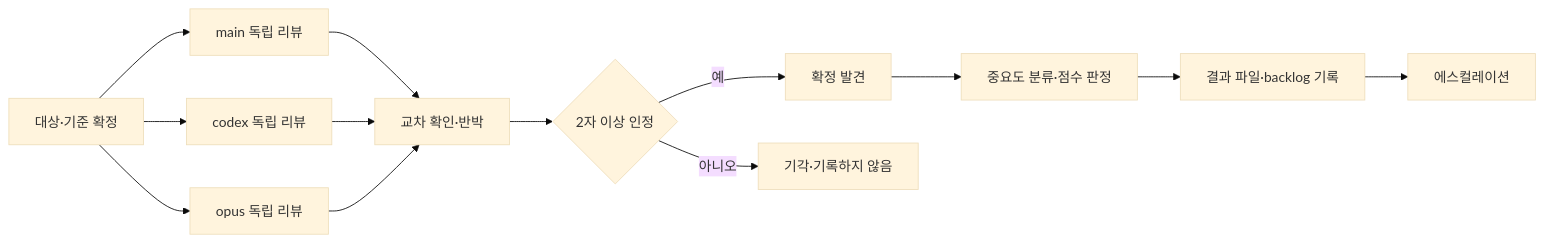
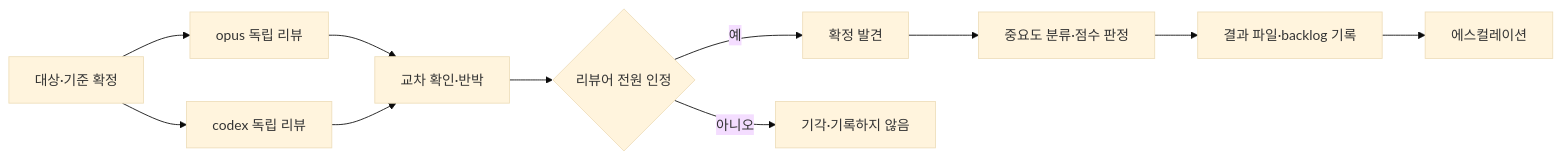
Before and after one commit to tkyoun0421/la-bie-belle: the diagram in docs/workflow/REVIEW.md, drawn with Mermaid (base theme). The commit also changed other lines of this file and 12 other files, not shown here.

````diff
--- a/docs/workflow/REVIEW.md
+++ b/docs/workflow/REVIEW.md
@@ -43,15 +51,13 @@
 ```mermaid
 flowchart LR
-  S[대상·기준 확정] --> M[main 독립 리뷰]
+  S[대상·기준 확정] --> O[opus 독립 리뷰]
   S --> C[codex 독립 리뷰]
-  S --> O[opus 독립 리뷰]
-  M --> X[교차 확인·반박]
+  O --> X[교차 확인·반박]
   C --> X
-  O --> X
-  X --> F{2자 이상 인정}
+  X --> F{리뷰어 전원 인정}
   F -->|예| K[확정 발견]
   F -->|아니오| D[기각·기록하지 않음]
   K --> G[중요도 분류·점수 판정]
   G --> R[결과 파일·backlog 기록]
   R --> E[에스컬레이션]
 ```
````
